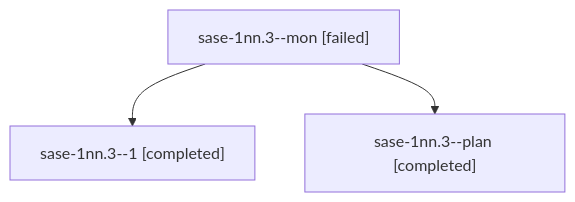
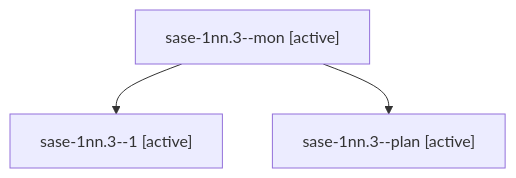
Before and after one commit to sase-org/sase--agents: the diagram in sessions/bbugyi200.athena.sase-1nn.3.md, drawn with Mermaid. The commit also changed other lines of this file and 144 other files, not shown here.

````diff
--- a/sessions/bbugyi200.athena.sase-1nn.3.md
+++ b/sessions/bbugyi200.athena.sase-1nn.3.md
@@ -9,8 +9,8 @@
 ```mermaid
 flowchart TD
-  n0["sase-1nn.3--mon [failed]"]
-  n1["sase-1nn.3--1 [completed]"]
+  n0["sase-1nn.3--mon [active]"]
+  n1["sase-1nn.3--1 [active]"]
   n0 --> n1
-  n2["sase-1nn.3--plan [completed]"]
+  n2["sase-1nn.3--plan [active]"]
   n0 --> n2
 ```
````
